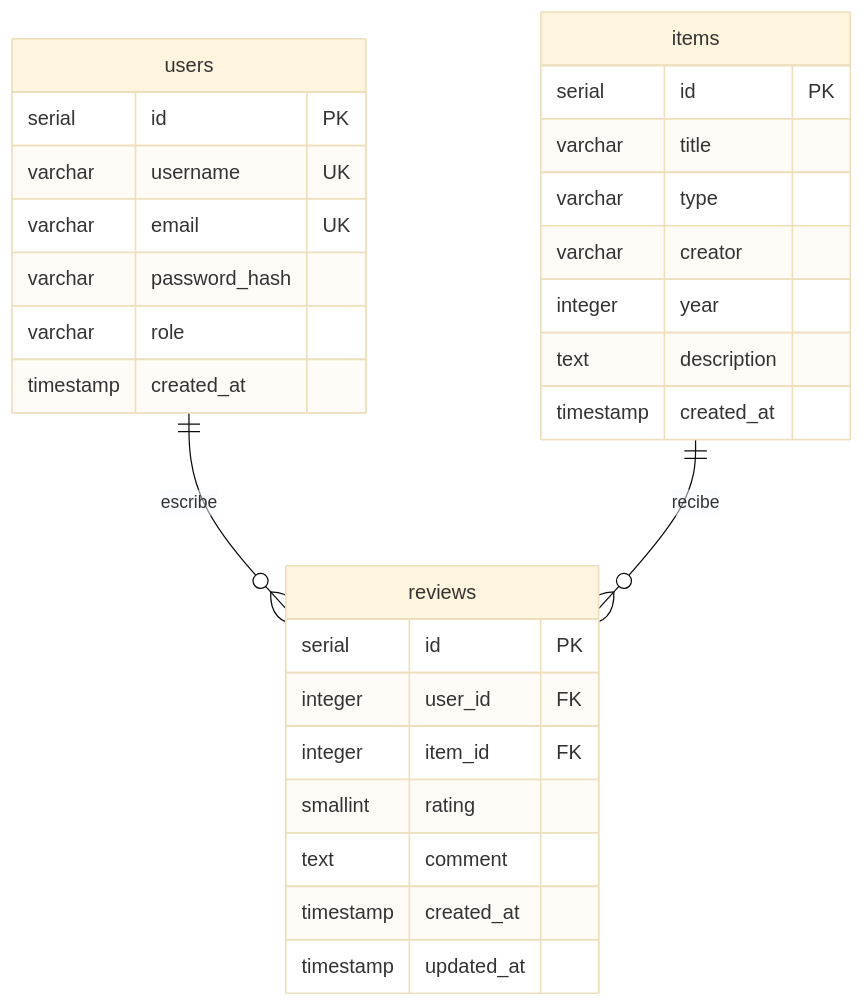
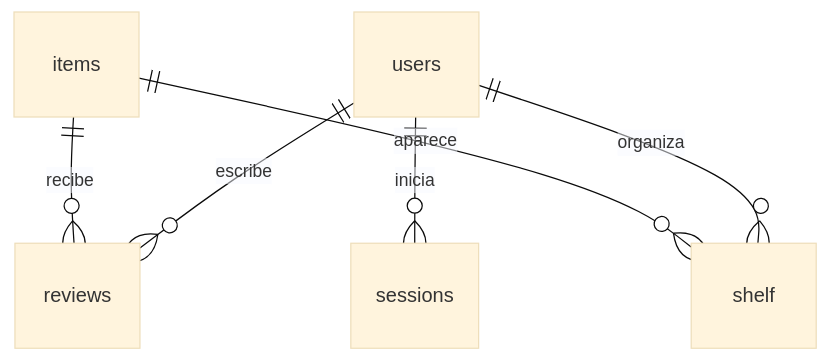
Before and after one commit to sofiahuch/WEB_TRABAJO: the diagram in docs/modelo-datos.md, drawn with Mermaid (base theme). The commit also changed other lines of this file and 34 other files, not shown here.

````diff
--- a/docs/modelo-datos.md
+++ b/docs/modelo-datos.md
@@ -51,34 +28,8 @@
 ```mermaid
 erDiagram
     users ||--o{ reviews : escribe
     items ||--o{ reviews : recibe
-
-    users {
-        serial id PK
-        varchar username UK
-        varchar email UK
-        varchar password_hash
-        varchar role
-        timestamp created_at
-    }
-
-    items {
-        serial id PK
-        varchar title
-        varchar type
-        varchar creator
-        integer year
-        text description
-        timestamp created_at
-    }
-
-    reviews {
-        serial id PK
-        integer user_id FK
-        integer item_id FK
-        smallint rating
-        text comment
-        timestamp created_at
-        timestamp updated_at
-    }
+    users ||--o{ shelf : organiza
+    items ||--o{ shelf : aparece
+    users ||--o{ sessions : inicia
 ```
````
